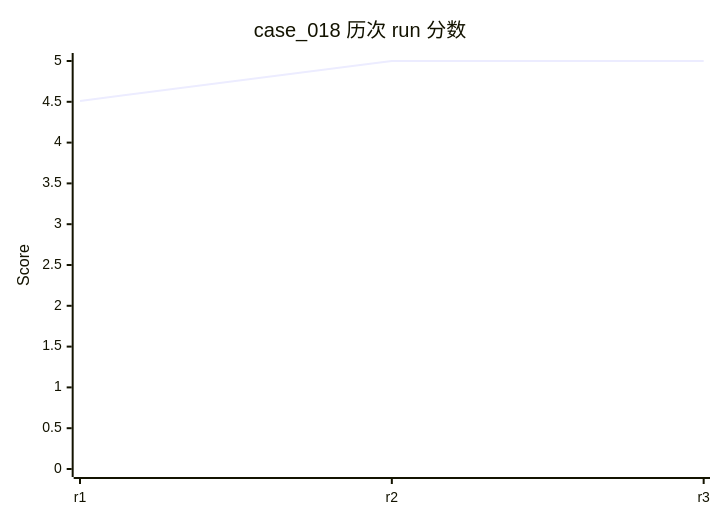
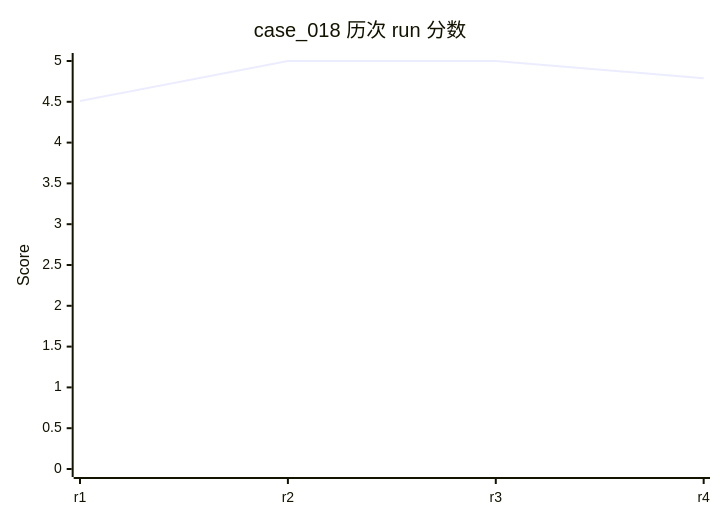
One commit to rushengzhou/sid-code changed diagram 22 of 58 in evals/DASHBOARD.md. Above: the diagram before and after it, drawn with Mermaid. The commit also changed other lines of this file and 34 other files, not shown here.

````diff
--- a/evals/DASHBOARD.md
+++ b/evals/DASHBOARD.md
@@ -482,7 +487,7 @@
 ```mermaid
 xychart-beta
     title "case_018 历次 run 分数"
-    x-axis [r1, r2, r3]
+    x-axis [r1, r2, r3, r4]
     y-axis "Score" 0 --> 5
-    line [4.51, 5.00, 5.00]
+    line [4.51, 5.00, 5.00, 4.79]
 ```
````
